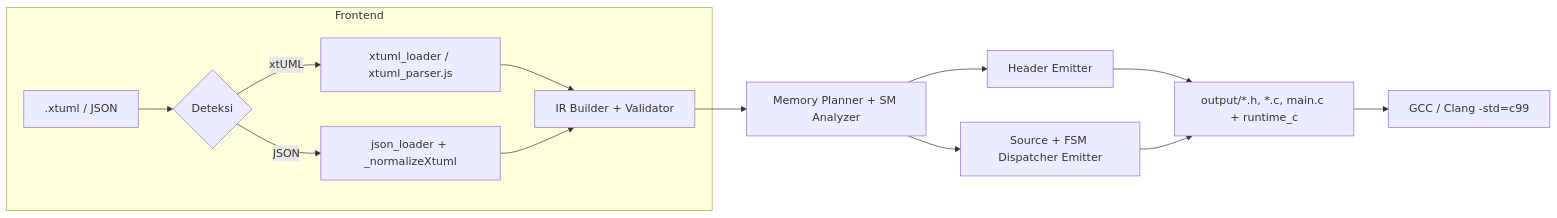
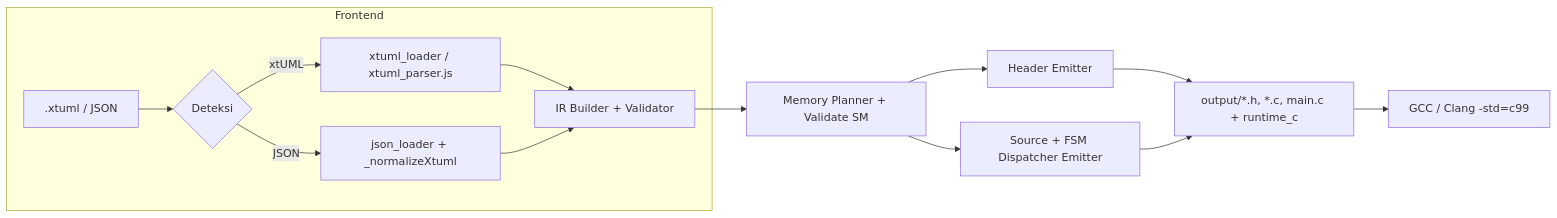
The first of 2 diagrams in README.md (Afghy81/uml-to-c-compiler), drawn with Mermaid before and after one commit. The commit also changed 46 other files, not shown here.

Commit message:
Visualisasi Diagram, Parsing, dan Translasi

````diff
--- a/README.md
+++ b/README.md
@@ -74,14 +74,14 @@
 ```mermaid
 flowchart LR
     subgraph Frontend
         A[.xtuml / JSON] --> B{Deteksi}
         B -->|xtUML| C[xtuml_loader / xtuml_parser.js]
         B -->|JSON| D[json_loader + _normalizeXtuml]
         C & D --> E[IR Builder + Validator]
     end
-    E --> F[Memory Planner + SM Analyzer]
+    E --> F[Memory Planner + Validate SM]
     F --> G1[Header Emitter]
     F --> G2[Source + FSM Dispatcher Emitter]
     G1 & G2 --> H[output/*.h, *.c, main.c + runtime_c]
     H --> I[GCC / Clang -std=c99]
 ```
````
